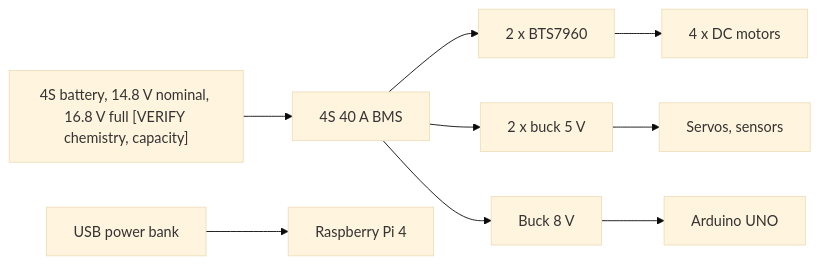
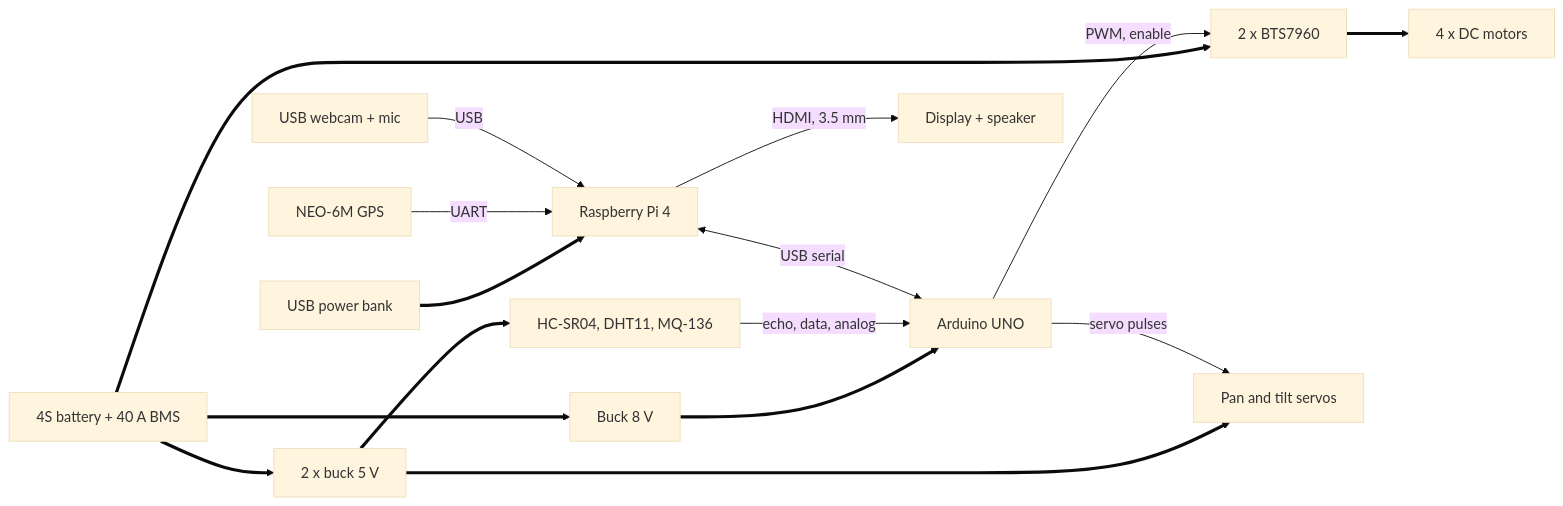
The fourth of 17 diagrams in research paper/section3_methodology.md (baiust999/robort-code-from-pi), drawn with Mermaid (base theme) before and after one commit. The commit also changed other lines of this file, not shown here.

````diff
--- a/research paper/section3_methodology.md
+++ b/research paper/section3_methodology.md
@@ -60,8 +114,15 @@
 ```mermaid
 flowchart LR
-  B["4S battery, 14.8 V nominal, 16.8 V full [VERIFY chemistry, capacity]"] --> M["4S 40 A BMS"]
-  M --> DRV["2 x BTS7960"] --> MOT["4 x DC motors"]
-  M --> S5["2 x buck 5 V"] --> SV["Servos, sensors"]
-  M --> S8["Buck 8 V"] --> UNO["Arduino UNO"]
-  PB["USB power bank"] --> PI["Raspberry Pi 4"]
+  BAT["4S battery + 40 A BMS"] ==> DRV["2 x BTS7960"] ==> MOT["4 x DC motors"]
+  BAT ==> B5["2 x buck 5 V"] ==> SV["Pan and tilt servos"]
+  B5 ==> SEN["HC-SR04, DHT11, MQ-136"]
+  BAT ==> B8["Buck 8 V"] ==> UNO["Arduino UNO"]
+  PB["USB power bank"] ==> PI["Raspberry Pi 4"]
+  UNO -- "PWM, enable" --> DRV
+  UNO -- "servo pulses" --> SV
+  SEN -- "echo, data, analog" --> UNO
+  PI <-- "USB serial" --> UNO
+  GPS["NEO-6M GPS"] -- "UART" --> PI
+  CAM["USB webcam + mic"] -- "USB" --> PI
+  PI -- "HDMI, 3.5 mm" --> SCR["Display + speaker"]
 ```
````
